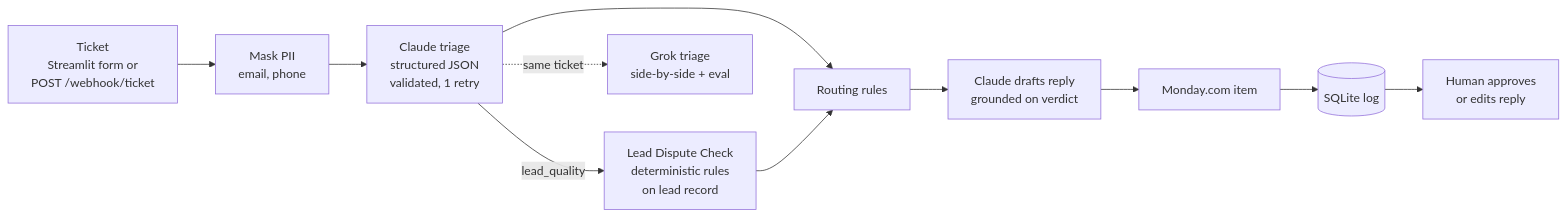
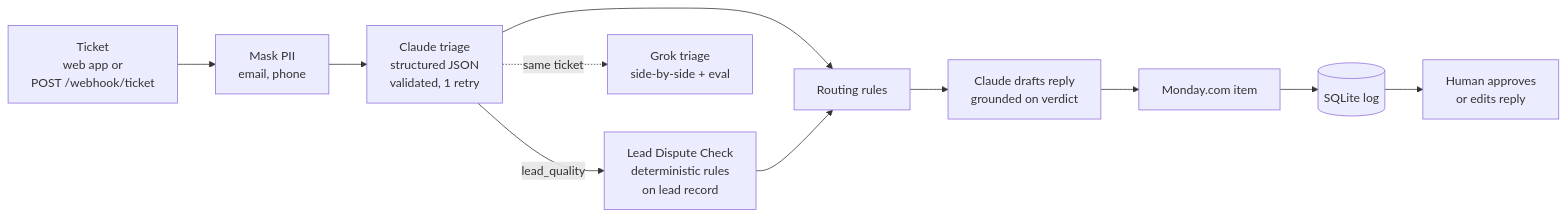
One commit to harshitrajchaurasia/leaddesk-ai changed the diagram in README.md. Above: the diagram before and after it, drawn with Mermaid. The commit also changed other lines of this file and 39 other files, not shown here.

First line of the commit message:
Replace Streamlit with a React + TypeScript + Tailwind web app

````diff
--- a/README.md
+++ b/README.md
@@ -26,13 +26,13 @@
 ```mermaid
 flowchart LR
-    A[Ticket<br/>Streamlit form or<br/>POST /webhook/ticket] --> B[Mask PII<br/>email, phone]
+    A[Ticket<br/>web app or<br/>POST /webhook/ticket] --> B[Mask PII<br/>email, phone]
     B --> C[Claude triage<br/>structured JSON<br/>validated, 1 retry]
     C -->|lead_quality| D[Lead Dispute Check<br/>deterministic rules<br/>on lead record]
     C --> E[Routing rules]
     D --> E
     E --> F[Claude drafts reply<br/>grounded on verdict]
     F --> G[Monday.com item]
     G --> H[(SQLite log)]
     H --> I[Human approves<br/>or edits reply]
     C -.same ticket.-> J[Grok triage<br/>side-by-side + eval]
 ```
````
